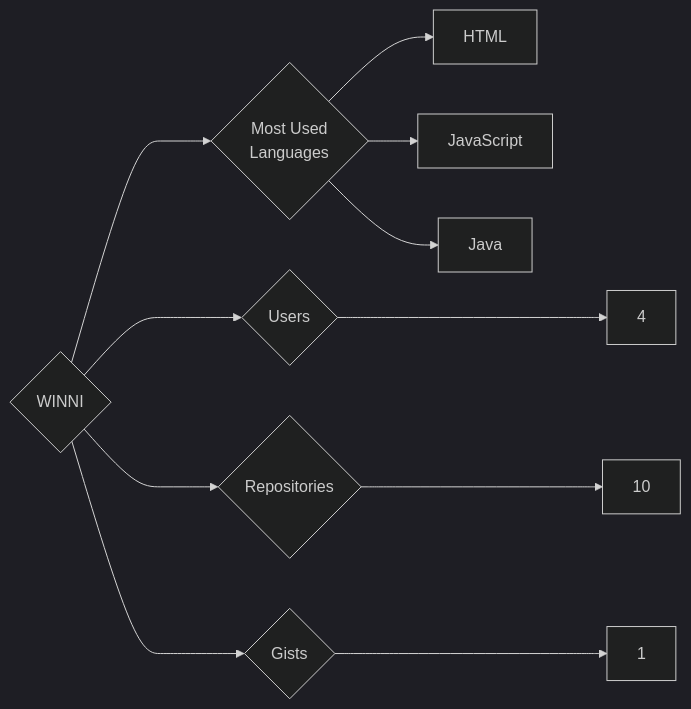
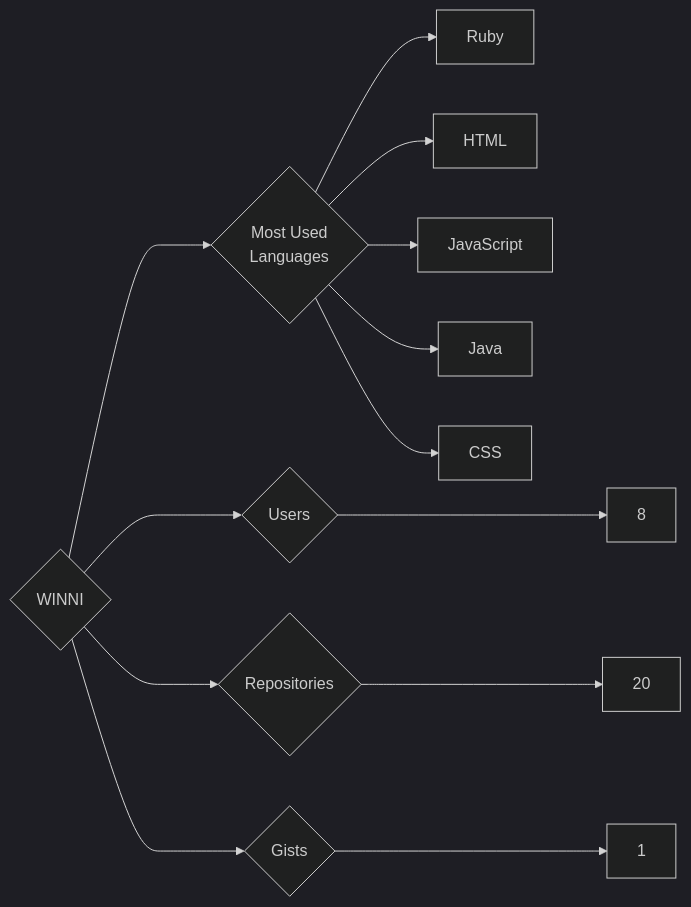
Before and after one commit to trickest/insiders: the diagram in targets/WINNI/README.md, drawn with Mermaid (dark theme). The commit also changed 823 other files, not shown here.

````diff
--- a/targets/WINNI/README.md
+++ b/targets/WINNI/README.md
@@ -3,11 +3,13 @@
 ```mermaid
 graph LR
 COMPANY_NAME{WINNI}
-COMPANY_NAME ---> U{Users} ---> UN[4]
-COMPANY_NAME ---> R{Repositories} ---> RN[10]
+COMPANY_NAME ---> U{Users} ---> UN[8]
+COMPANY_NAME ---> R{Repositories} ---> RN[20]
 COMPANY_NAME ---> G{Gists} ---> GN[1]
 COMPANY_NAME ---> ML{Most Used<br>Languages}
+ML --> Ruby[Ruby]
 ML --> HTML[HTML]
 ML --> JavaScript[JavaScript]
 ML --> Java[Java]
+ML --> CSS[CSS]
 ```
````
